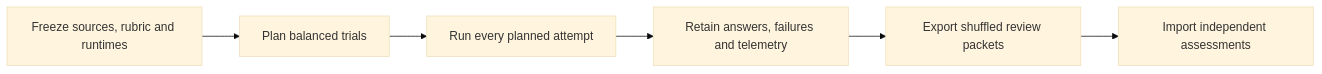
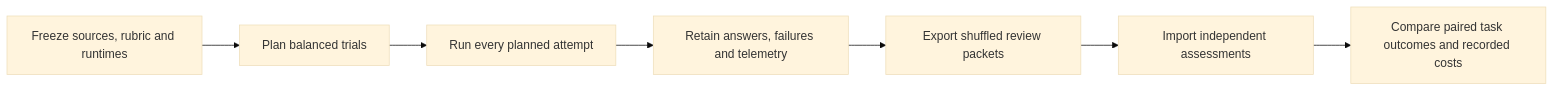
Before and after one commit to xcrft/mastermind: the diagram in evals/benchmark/README.md, drawn with Mermaid (base theme). The commit also changed other lines of this file and 284 other files, not shown here.

````diff
--- a/evals/benchmark/README.md
+++ b/evals/benchmark/README.md
@@ -6,8 +11,9 @@
 ```mermaid
 flowchart LR
     P[Freeze sources, rubric and runtimes] --> B[Plan balanced trials]
     B --> R[Run every planned attempt]
     R --> A[Retain answers, failures and telemetry]
     A --> E[Export shuffled review packets]
     E --> I[Import independent assessments]
+    I --> C[Compare paired task outcomes and recorded costs]
 ```
````
